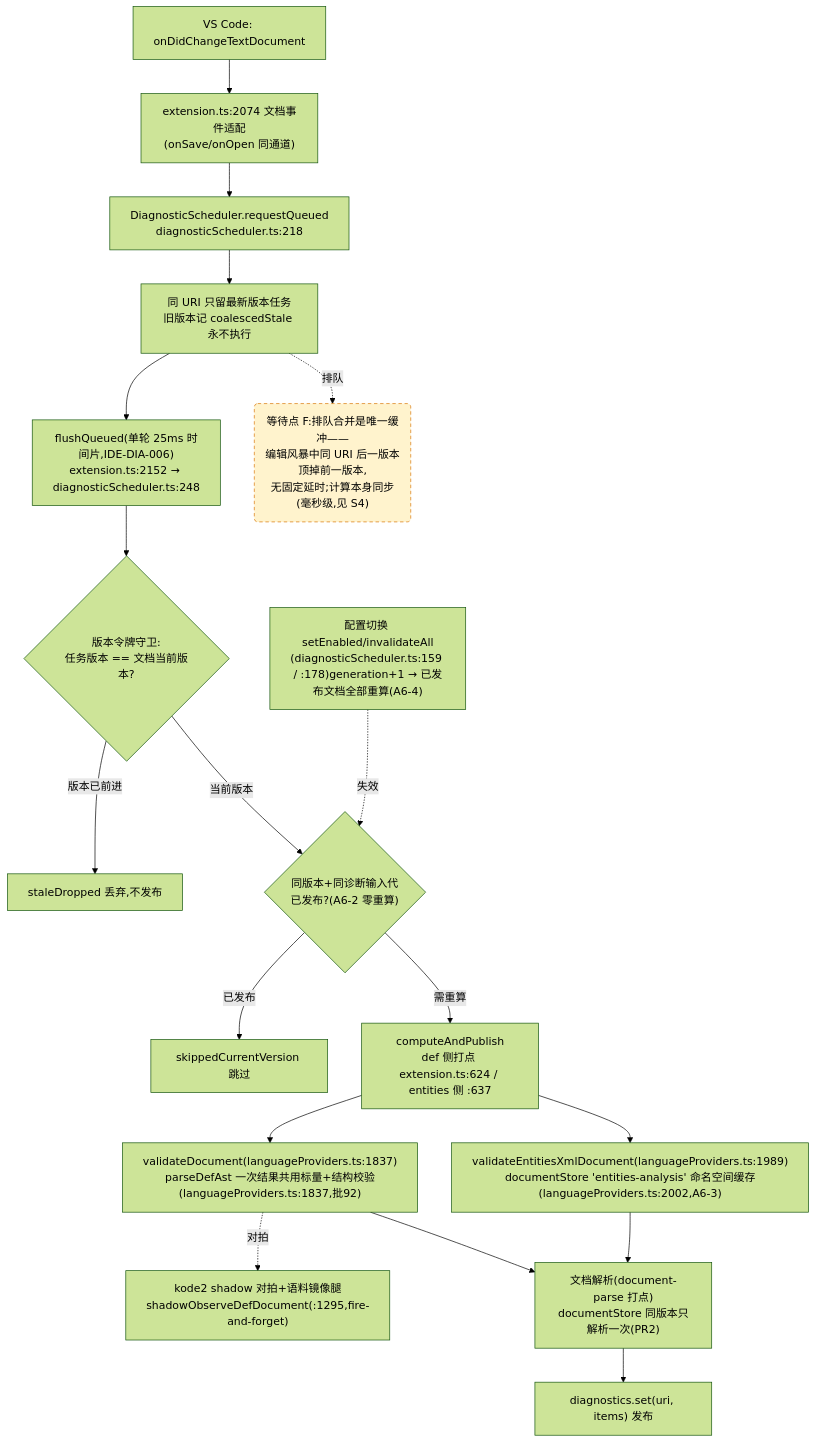
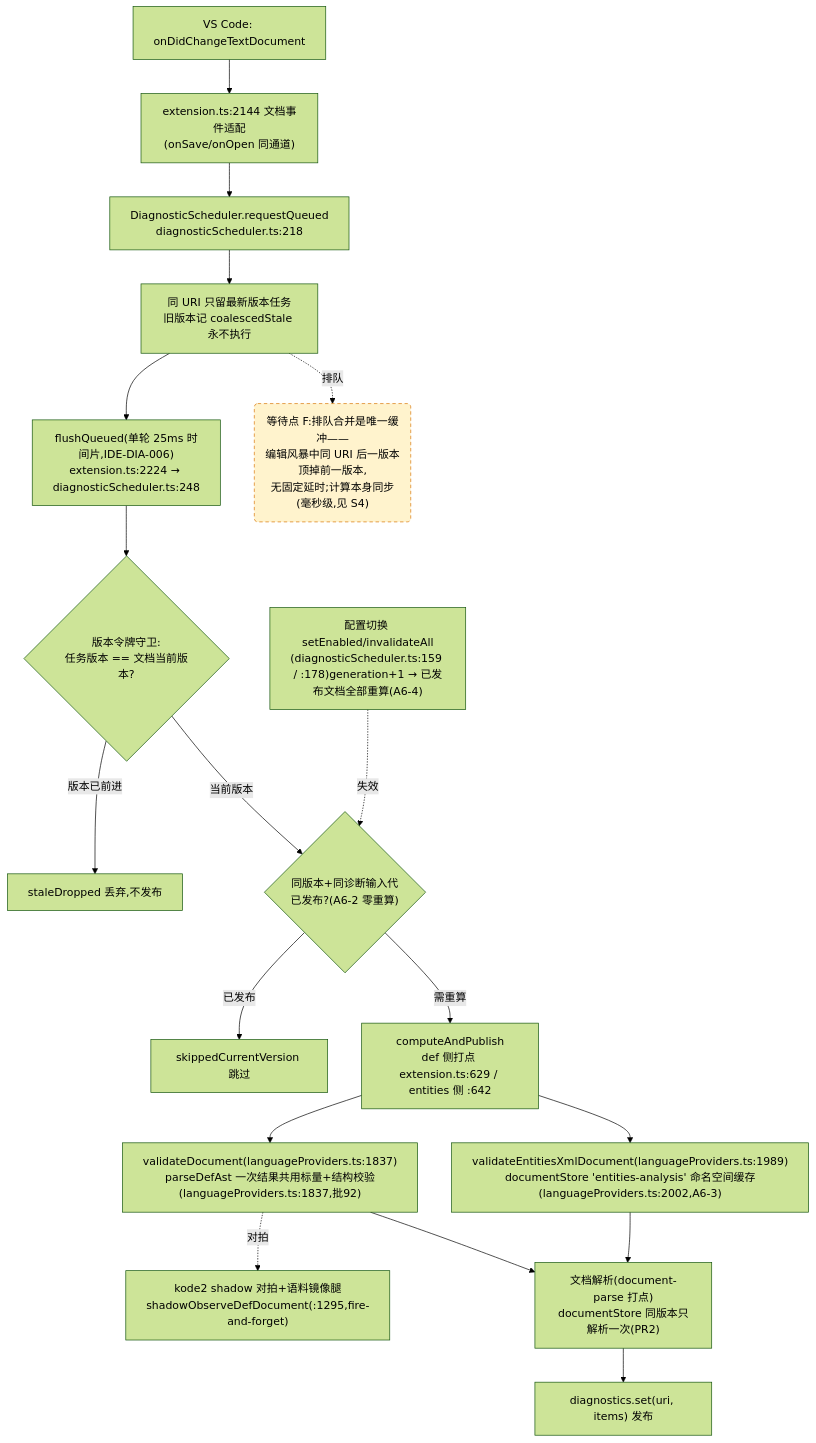
One commit to cuihairu/kode changed the fourth of 4 diagrams in docs/perf/2026-baseline.md. Above: the diagram before and after it, drawn with Mermaid (forest theme). The commit also changed other lines of this file and 7 other files, not shown here.

````diff
--- a/docs/perf/2026-baseline.md
+++ b/docs/perf/2026-baseline.md
@@ -214,38 +214,38 @@
 ```mermaid
 flowchart TD
   CHG["VS Code: onDidChangeTextDocument"]
-  WATCH["extension.ts:2074 文档事件适配<br/>(onSave/onOpen 同通道)"]
+  WATCH["extension.ts:2144 文档事件适配<br/>(onSave/onOpen 同通道)"]
   RQ["DiagnosticScheduler.requestQueued<br/>diagnosticScheduler.ts:218"]
   CO["同 URI 只留最新版本任务<br/>旧版本记 coalescedStale 永不执行"]
-  FL["flushQueued(单轮 25ms 时间片,IDE-DIA-006)<br/>extension.ts:2152 → diagnosticScheduler.ts:248"]
+  FL["flushQueued(单轮 25ms 时间片,IDE-DIA-006)<br/>extension.ts:2224 → diagnosticScheduler.ts:248"]
   VG{"版本令牌守卫:<br/>任务版本 == 文档当前版本?"}
   DROP["staleDropped 丢弃,不发布"]
   GEN{"同版本+同诊断输入代<br/>已发布?(A6-2 零重算)"}
   SKIP["skippedCurrentVersion 跳过"]
-  CALC["computeAndPublish<br/>def 侧打点 extension.ts:624 / entities 侧 :637"]
+  CALC["computeAndPublish<br/>def 侧打点 extension.ts:629 / entities 侧 :642"]
   VD["validateDocument(languageProviders.ts:1837)<br/>parseDefAst 一次结果共用标量+结构校验(languageProviders.ts:1837,批92)"]
   VEX["validateEntitiesXmlDocument(languageProviders.ts:1989)<br/>documentStore 'entities-analysis' 命名空间缓存(languageProviders.ts:2002,A6-3)"]
   SHDD["kode2 shadow 对拍+语料镜像腿<br/>shadowObserveDefDocument(:1295,fire-and-forget)"]
   DS["文档解析(document-parse 打点)<br/>documentStore 同版本只解析一次(PR2)"]
   PUB["diagnostics.set(uri, items) 发布"]
   CFG2["配置切换 setEnabled/invalidateAll<br/>(diagnosticScheduler.ts:159 / :178)generation+1 → 已发布文档全部重算(A6-4)"]
 
   CHG --> WATCH --> RQ --> CO --> FL --> VG
   VG -- "版本已前进" --> DROP
   VG -- "当前版本" --> GEN
   GEN -- "已发布" --> SKIP
   GEN -- "需重算" --> CALC
   CALC --> VD
   CALC --> VEX
   VD --> DS
   VEX --> DS
   DS --> PUB
   VD -.->|对拍| SHDD
   CFG2 -.->|失效| GEN
 
   WAITF("等待点 F:排队合并是唯一缓冲——<br/>编辑风暴中同 URI 后一版本顶掉前一版本,<br/>无固定延时;计算本身同步(毫秒级,见 S4)")
   CO -.->|排队| WAITF
 
   classDef waitPoint fill:#fff3cd,stroke:#d97706,stroke-dasharray:5 4;
   class WAITF waitPoint;
 ```
````
